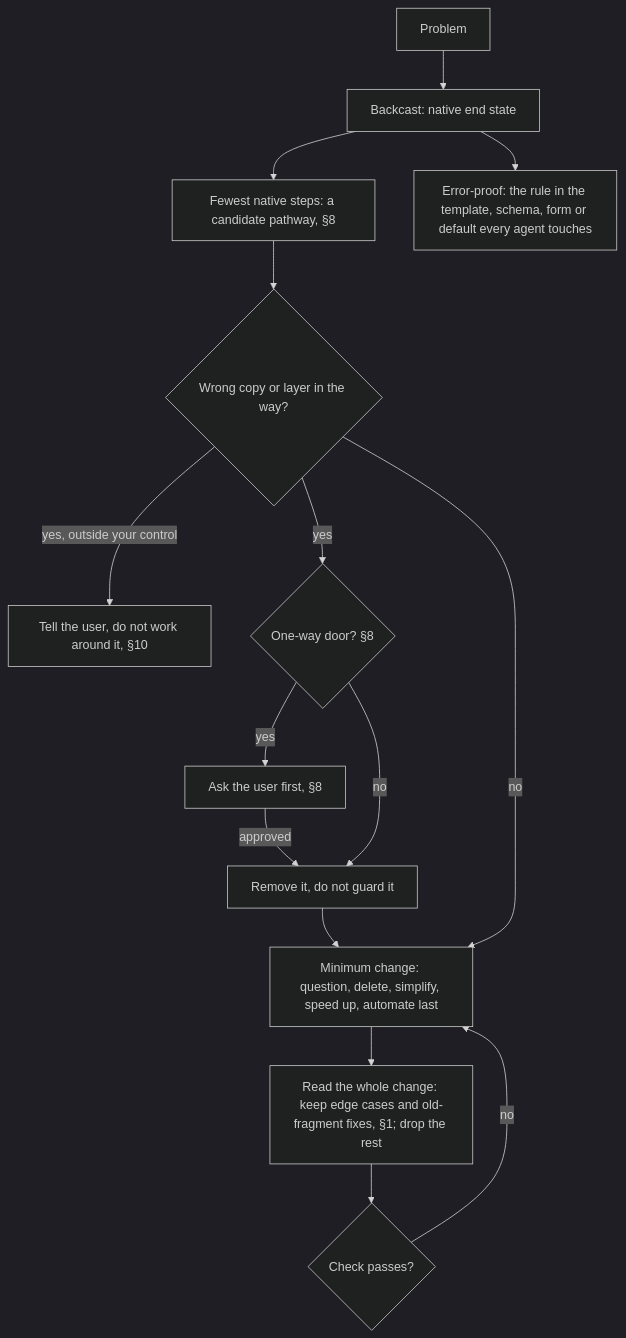
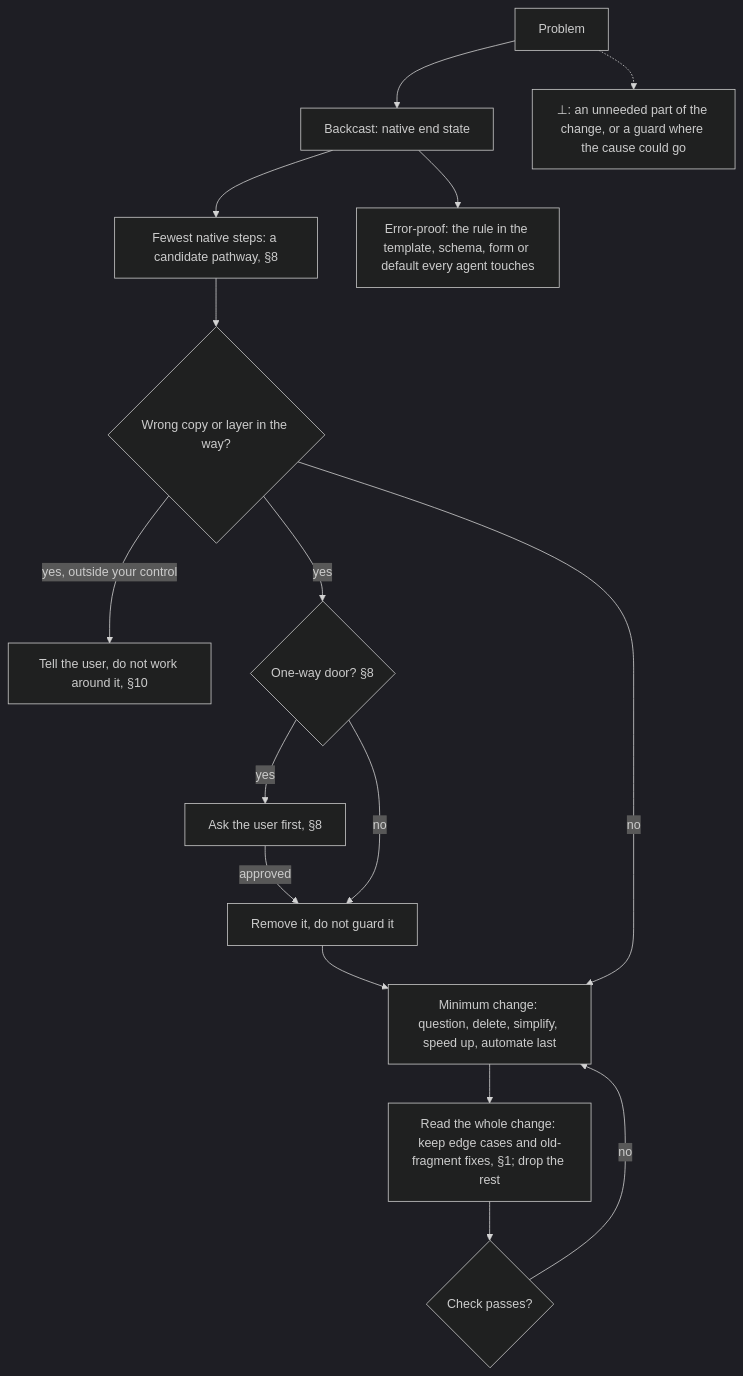
Before and after one commit to SolenixAI/arbiter: the tenth of 14 diagrams in AGENTS.md, drawn with Mermaid (dark theme). The commit also changed other lines of this file, not shown here.

````diff
--- a/AGENTS.md
+++ b/AGENTS.md
@@ -428,12 +458,13 @@
 ```mermaid
 flowchart TD
   P[Problem] --> E["Backcast: native end state"] --> N["Fewest native steps: a candidate pathway, §8"]
   E --> RB["Error-proof: the rule in the template, schema, form or default every agent touches"]
   N --> W{Wrong copy or layer in the way?}
   W -->|yes, outside your control| TU["Tell the user, do not work around it, §10"]
   W -->|yes| O{"One-way door? §8"}
   O -->|yes| AS["Ask the user first, §8"] -->|approved| X
   O -->|no| X["Remove it, do not guard it"] --> M
   W -->|no| M["Minimum change: question, delete, simplify, speed up, automate last"] --> D["Read the whole change: keep edge cases and old-fragment fixes, §1; drop the rest"] --> C{Check passes?}
   C -->|no| M
+  P -.-> BOT["⊥: an unneeded part of the change, or a guard where the cause could go"]
 ```
````
